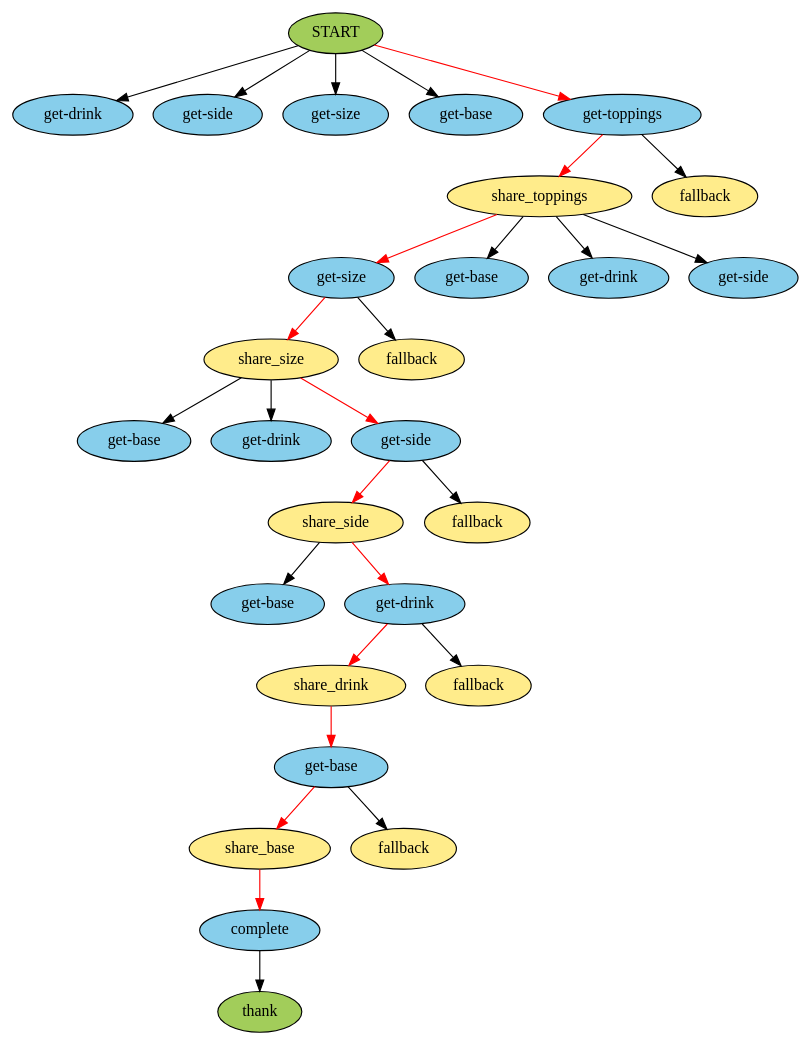
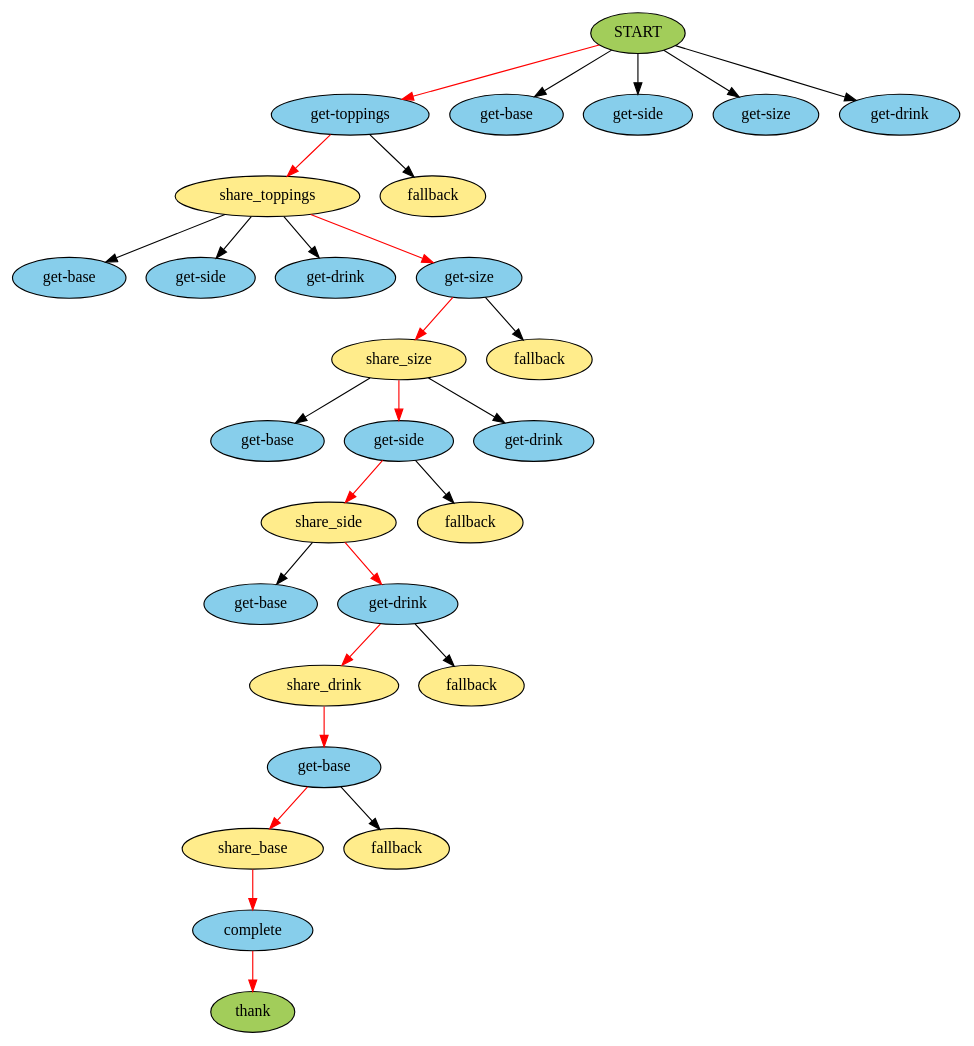
One commit to IBM/contingent-plan-executor changed the diagram in rollout.gv. Above: the diagram before and after it, drawn with Graphviz. The commit also changed 2 other files, not shown here.

```diff
--- a/rollout.gv
+++ b/rollout.gv
@@ -1,69 +1,69 @@
 strict digraph {
 	0 [label=START fillcolor=darkolivegreen3 style=filled]
-	1 [label="get-drink" fillcolor=skyblue style=filled]
+	1 [label="get-toppings" fillcolor=skyblue style=filled]
 	0 -> 1
-	2 [label="get-side" fillcolor=skyblue style=filled]
+	2 [label="get-base" fillcolor=skyblue style=filled]
 	0 -> 2
-	3 [label="get-size" fillcolor=skyblue style=filled]
+	3 [label="get-side" fillcolor=skyblue style=filled]
 	0 -> 3
-	4 [label="get-base" fillcolor=skyblue style=filled]
+	4 [label="get-size" fillcolor=skyblue style=filled]
 	0 -> 4
-	5 [label="get-toppings" fillcolor=skyblue style=filled]
+	5 [label="get-drink" fillcolor=skyblue style=filled]
 	0 -> 5
-	0 -> 5 [color=red]
+	0 -> 1 [color=red]
 	6 [label=share_toppings fillcolor=lightgoldenrod1 style=filled]
-	5 -> 6
+	1 -> 6
 	7 [label=fallback fillcolor=lightgoldenrod1 style=filled]
-	5 -> 7
-	5 -> 6 [color=red]
-	8 [label="get-size" fillcolor=skyblue style=filled]
+	1 -> 7
+	1 -> 6 [color=red]
+	8 [label="get-base" fillcolor=skyblue style=filled]
 	6 -> 8
-	9 [label="get-base" fillcolor=skyblue style=filled]
+	9 [label="get-side" fillcolor=skyblue style=filled]
 	6 -> 9
 	10 [label="get-drink" fillcolor=skyblue style=filled]
 	6 -> 10
-	11 [label="get-side" fillcolor=skyblue style=filled]
+	11 [label="get-size" fillcolor=skyblue style=filled]
 	6 -> 11
-	6 -> 8 [color=red]
+	6 -> 11 [color=red]
 	12 [label=share_size fillcolor=lightgoldenrod1 style=filled]
-	8 -> 12
+	11 -> 12
 	13 [label=fallback fillcolor=lightgoldenrod1 style=filled]
-	8 -> 13
-	8 -> 12 [color=red]
+	11 -> 13
+	11 -> 12 [color=red]
 	14 [label="get-base" fillcolor=skyblue style=filled]
 	12 -> 14
-	15 [label="get-drink" fillcolor=skyblue style=filled]
+	15 [label="get-side" fillcolor=skyblue style=filled]
 	12 -> 15
-	16 [label="get-side" fillcolor=skyblue style=filled]
+	16 [label="get-drink" fillcolor=skyblue style=filled]
 	12 -> 16
-	12 -> 16 [color=red]
+	12 -> 15 [color=red]
 	17 [label=share_side fillcolor=lightgoldenrod1 style=filled]
-	16 -> 17
+	15 -> 17
 	18 [label=fallback fillcolor=lightgoldenrod1 style=filled]
-	16 -> 18
-	16 -> 17 [color=red]
+	15 -> 18
+	15 -> 17 [color=red]
 	19 [label="get-base" fillcolor=skyblue style=filled]
 	17 -> 19
 	20 [label="get-drink" fillcolor=skyblue style=filled]
 	17 -> 20
 	17 -> 20 [color=red]
 	21 [label=share_drink fillcolor=lightgoldenrod1 style=filled]
 	20 -> 21
 	22 [label=fallback fillcolor=lightgoldenrod1 style=filled]
 	20 -> 22
 	20 -> 21 [color=red]
 	23 [label="get-base" fillcolor=skyblue style=filled]
 	21 -> 23
 	21 -> 23 [color=red]
 	24 [label=share_base fillcolor=lightgoldenrod1 style=filled]
 	23 -> 24
 	25 [label=fallback fillcolor=lightgoldenrod1 style=filled]
 	23 -> 25
 	23 -> 24 [color=red]
 	26 [label=complete fillcolor=skyblue style=filled]
 	24 -> 26
 	24 -> 26 [color=red]
 	27 [label=thank fillcolor=lightgoldenrod1 style=filled]
-	26 -> 27
+	26 -> 27 [color=red]
 	27 [label=thank fillcolor=darkolivegreen3 style=filled]
 }
```
